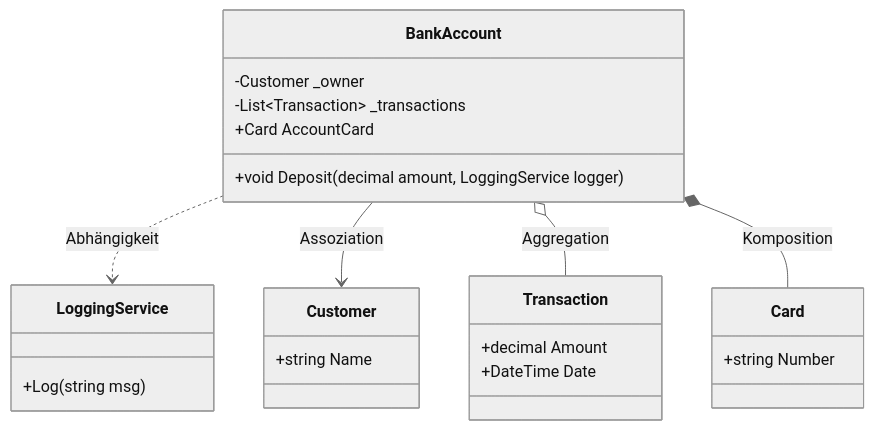
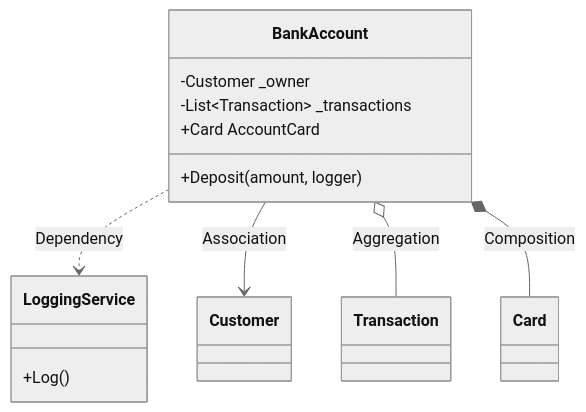
The diagram in 12_Relationships/README.md (T-Boyke/C-Sharp-OOP-Fundamentals), drawn with Mermaid (neutral theme) before and after one commit. The commit also changed other lines of this file and 1 other file, not shown here.

Commit message:
feat: complete the 'Beziehungen' (Relationships) module with detailed documentation and a UML diagram.

````diff
--- a/12_Relationships/README.md
+++ b/12_Relationships/README.md
@@ -42,31 +33,18 @@
 ```mermaid
 classDiagram
-    class Customer {
-        +string Name
-    }
-
-    class LoggingService {
-        +Log(string msg)
-    }
-
-    class Transaction {
-        +decimal Amount
-        +DateTime Date
-    }
-
-    class Card {
-        +string Number
-    }
-
     class BankAccount {
         -Customer _owner
         -List~Transaction~ _transactions
         +Card AccountCard
-        +void Deposit(decimal amount, LoggingService logger)
+        +Deposit(amount, logger)
     }
 
-    BankAccount ..> LoggingService : Abhängigkeit
-    BankAccount --> Customer : Assoziation
+    class LoggingService {
+        +Log()
+    }
+
+    BankAccount ..> LoggingService : Dependency
+    BankAccount --> Customer : Association
     BankAccount o-- Transaction : Aggregation
-    BankAccount *-- Card : Komposition
+    BankAccount *-- Card : Composition
 ```
````
